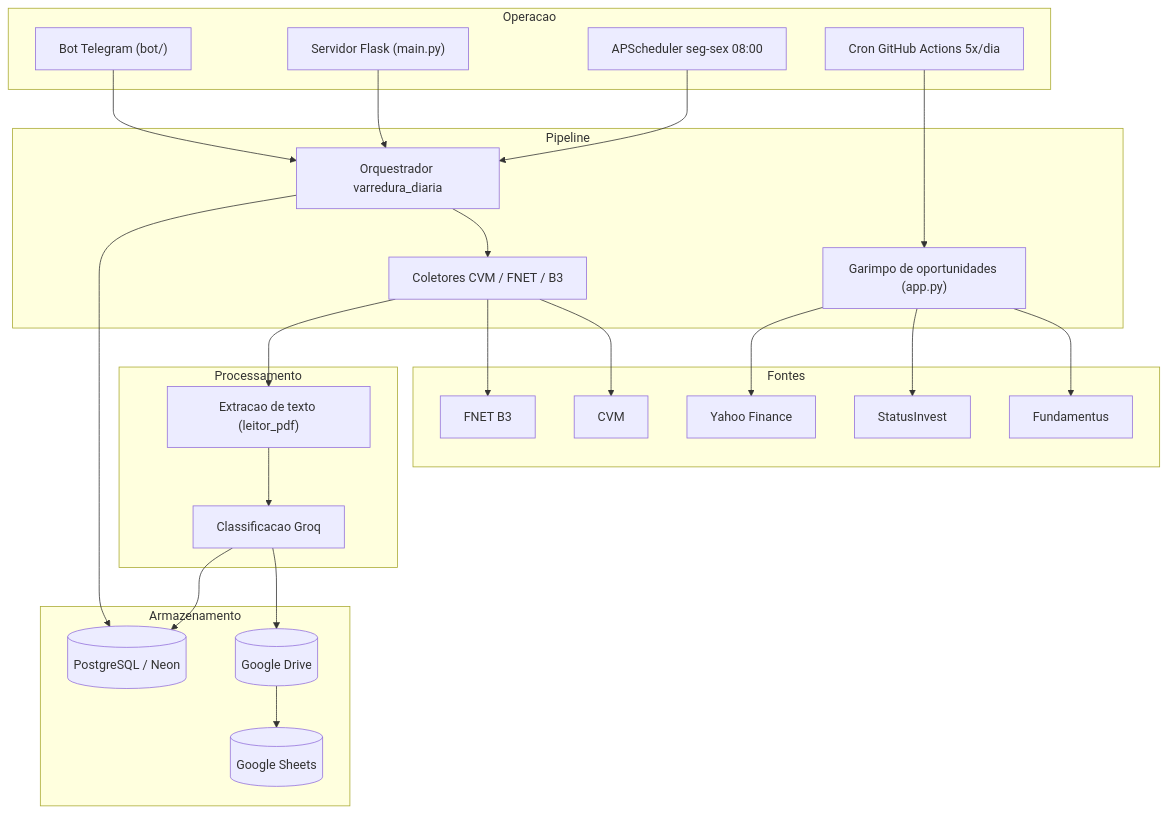
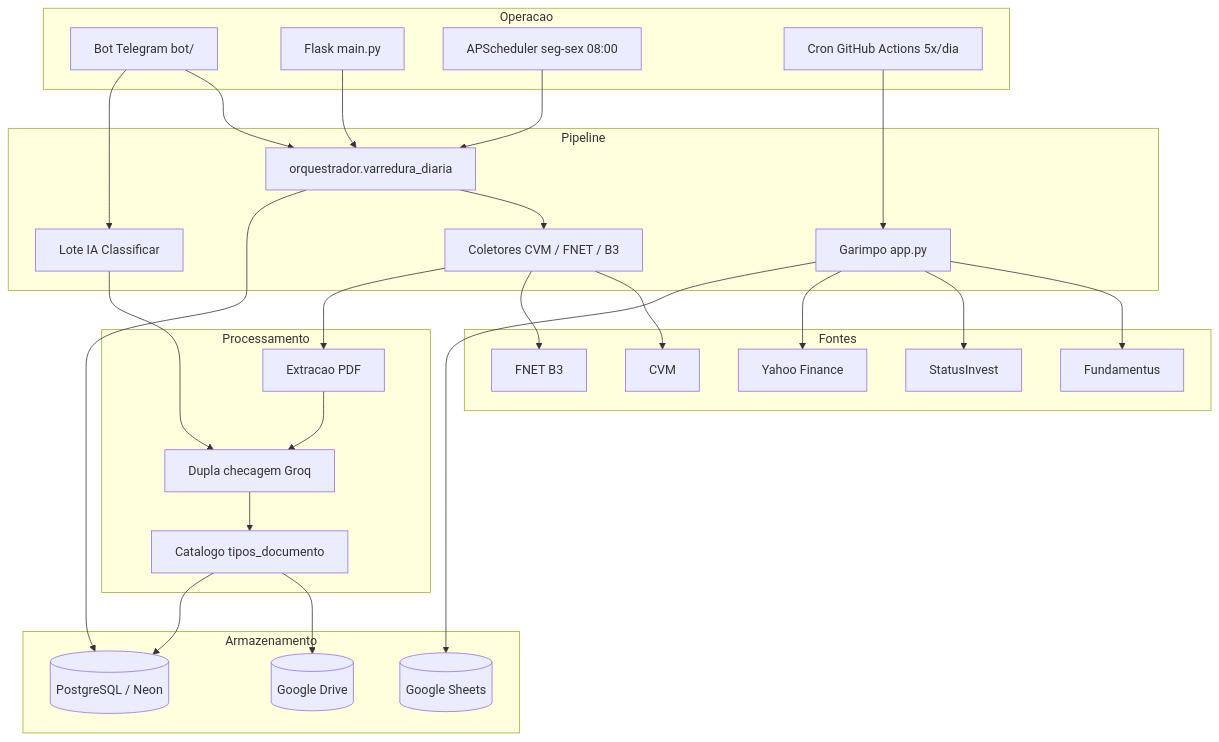
The diagram in README.md (WandesonMarcone/robo-financeiro), drawn with Mermaid before and after one commit. The commit also changed other lines of this file, not shown here.

Commit message:
README.md reescrito com a organizacao atual, fluxos (FNET, lote IA, Drive, hub) e um comentario por arquivo.

````diff
--- a/README.md
+++ b/README.md
@@ -42,46 +36,51 @@
 ```mermaid
 graph TD
     subgraph Operacao
-        BOT["Bot Telegram (bot/)"]
-        WEB["Servidor Flask (main.py)"]
+        BOT["Bot Telegram bot/"]
+        WEB["Flask main.py"]
         SCH["APScheduler seg-sex 08:00"]
         ACT["Cron GitHub Actions 5x/dia"]
     end
     subgraph Pipeline
-        ORC["Orquestrador varredura_diaria"]
-        GAR["Garimpo de oportunidades (app.py)"]
+        ORC["orquestrador.varredura_diaria"]
+        GAR["Garimpo app.py"]
         COL["Coletores CVM / FNET / B3"]
+        LOTE["Lote IA Classificar"]
     end
     subgraph Fontes
         CVM["CVM"]
         FNET["FNET B3"]
         FUND["Fundamentus"]
         SI["StatusInvest"]
         YF["Yahoo Finance"]
     end
     subgraph Processamento
-        PDF["Extracao de texto (leitor_pdf)"]
-        IA["Classificacao Groq"]
+        PDF["Extracao PDF"]
+        IA["Dupla checagem Groq"]
+        CAT["Catalogo tipos_documento"]
     end
     subgraph Armazenamento
         DB[("PostgreSQL / Neon")]
         SHEET[("Google Sheets")]
         DRIVE[("Google Drive")]
     end
     BOT --> ORC
+    BOT --> LOTE
     WEB --> ORC
     SCH --> ORC
     ACT --> GAR
     ORC --> COL
     GAR --> FUND
     GAR --> SI
     GAR --> YF
     COL --> CVM
     COL --> FNET
     COL --> PDF
+    LOTE --> IA
+    IA --> CAT
+    CAT --> DRIVE
+    CAT --> DB
     PDF --> IA
     ORC --> DB
-    IA --> DRIVE
-    IA --> DB
-    DRIVE --> SHEET
+    GAR --> SHEET
 ```
````
